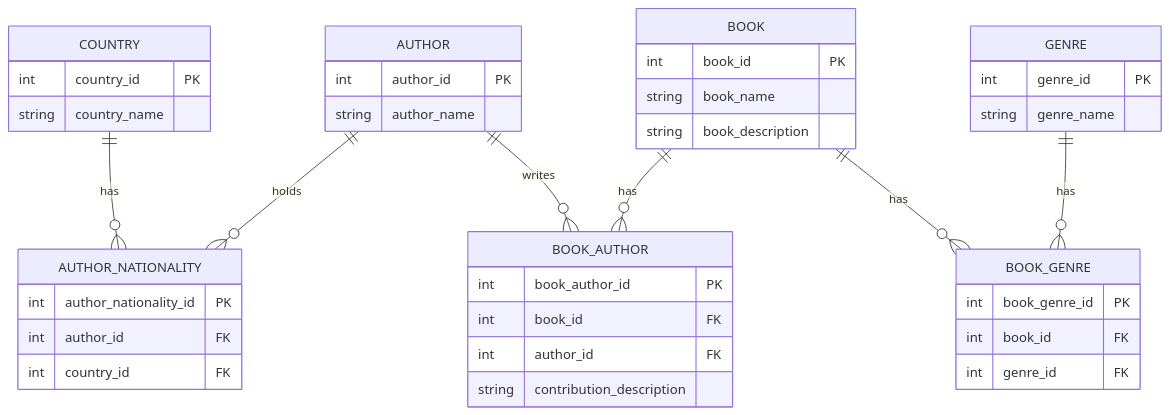
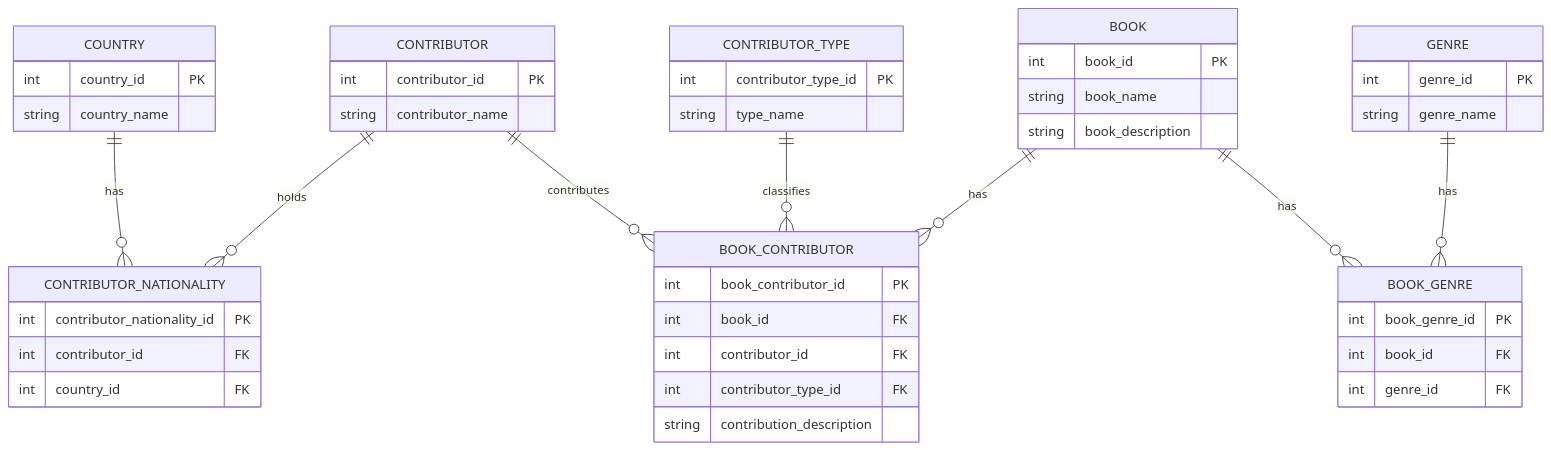
The first of 2 diagrams in README.md (aaronpo97/BooksMvcSwing), drawn with Mermaid before and after one commit. The commit also changed 1 other file, not shown here.

Commit message:
update docs, theme

````diff
--- a/README.md
+++ b/README.md
@@ -48,43 +48,49 @@
 ```mermaid
 erDiagram
-    COUNTRY ||--o{ AUTHOR_NATIONALITY : has
-    AUTHOR ||--o{ AUTHOR_NATIONALITY : holds
-    AUTHOR ||--o{ BOOK_AUTHOR : writes
-    BOOK ||--o{ BOOK_AUTHOR : has
+    COUNTRY ||--o{ CONTRIBUTOR_NATIONALITY : has
+    CONTRIBUTOR ||--o{ CONTRIBUTOR_NATIONALITY : holds
+    CONTRIBUTOR ||--o{ BOOK_CONTRIBUTOR : contributes
+    CONTRIBUTOR_TYPE ||--o{ BOOK_CONTRIBUTOR : classifies
+    BOOK ||--o{ BOOK_CONTRIBUTOR : has
     BOOK ||--o{ BOOK_GENRE : has
     GENRE ||--o{ BOOK_GENRE : has
 
     COUNTRY {
         int country_id PK
         string country_name
     }
-    AUTHOR {
-        int author_id PK
-        string author_name
+    CONTRIBUTOR {
+        int contributor_id PK
+        string contributor_name
     }
-    AUTHOR_NATIONALITY {
-        int author_nationality_id PK
-        int author_id FK
+    CONTRIBUTOR_TYPE {
+        int contributor_type_id PK
+        string type_name
+    }
+    CONTRIBUTOR_NATIONALITY {
+        int contributor_nationality_id PK
+        int contributor_id FK
         int country_id FK
     }
     GENRE {
         int genre_id PK
         string genre_name
     }
     BOOK {
         int book_id PK
         string book_name
         string book_description
     }
-    BOOK_AUTHOR {
-        int book_author_id PK
+    BOOK_CONTRIBUTOR {
+        int book_contributor_id PK
         int book_id FK
-        int author_id FK
+        int contributor_id FK
+        int contributor_type_id FK
         string contribution_description
     }
     BOOK_GENRE {
         int book_genre_id PK
         int book_id FK
         int genre_id FK
     }
 ```
````
